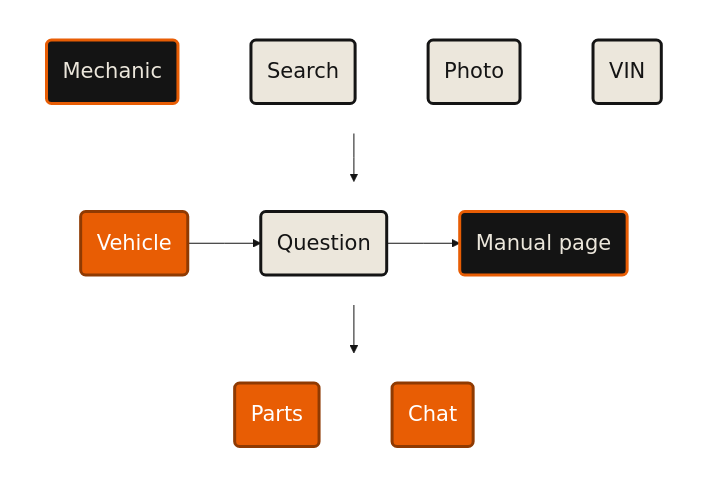
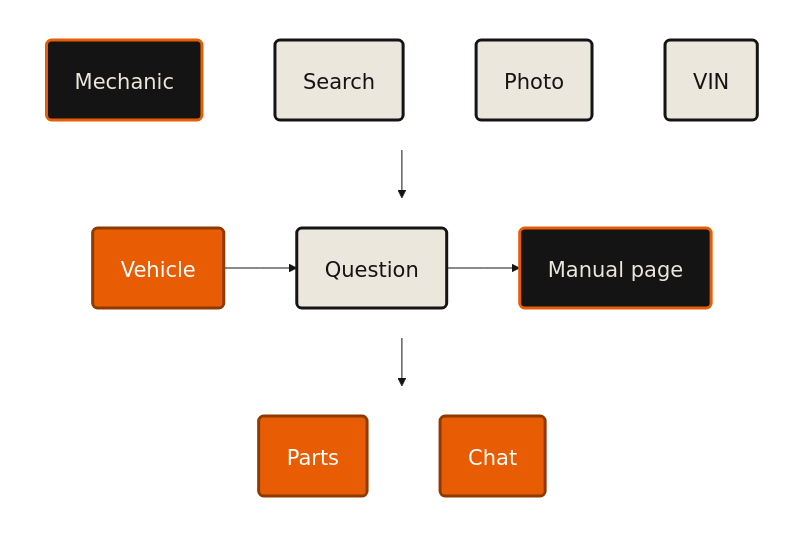
The diagram in docs/pitches/general.md (lxorb/mechanica), drawn with Mermaid before and after one commit. The commit also changed 165 other files, not shown here.

````diff
--- a/docs/pitches/general.md
+++ b/docs/pitches/general.md
@@ -33,25 +33,25 @@
 ```mermaid
-%%{init: {"theme":"base","themeVariables":{"fontSize":"21px","lineColor":"#141414","primaryColor":"#ece7dc","primaryTextColor":"#141414","primaryBorderColor":"#141414","background":"#ffffff"},"flowchart":{"curve":"linear","htmlLabels":false,"nodeSpacing":40,"rankSpacing":48,"padding":16,"useMaxWidth":false}}}%%
+%%{init: {"theme":"base","htmlLabels":false,"themeVariables":{"fontSize":"21px","fontFamily":"Barlow","lineColor":"#141414","primaryColor":"#ece7dc","primaryTextColor":"#141414","primaryBorderColor":"#141414","background":"#ffffff"},"flowchart":{"curve":"linear","htmlLabels":false,"nodeSpacing":40,"rankSpacing":48,"padding":28,"useMaxWidth":false}}}%%
 flowchart TB
   subgraph R1[" "]
     direction LR
     MECH("Mechanic"):::ends ~~~ SRCH("Search"):::ours ~~~ PHOT("Photo"):::ours ~~~ VIN("VIN"):::ours
   end
   subgraph R2[" "]
     direction LR
     VEH("Vehicle"):::them --> QN("Question"):::ours --> PAGE("Manual page"):::ends
   end
   subgraph R3[" "]
     direction LR
     PRTS("Parts"):::them ~~~ CHAT("Chat"):::them
   end
 
   R1 --> R2 --> R3
 
   classDef ends fill:#141414,stroke:#e85d04,stroke-width:3px,color:#ece7dc
   classDef ours fill:#ece7dc,stroke:#141414,stroke-width:3px,color:#141414
   classDef them fill:#e85d04,stroke:#8f3a02,stroke-width:3px,color:#ffffff
   style R1 fill:none,stroke:none
   style R2 fill:none,stroke:none
   style R3 fill:none,stroke:none
 ```
````
